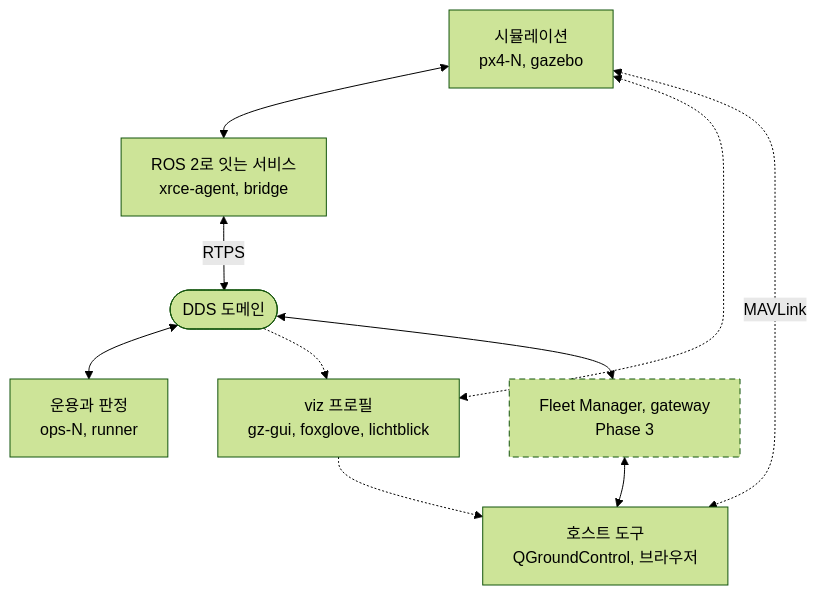
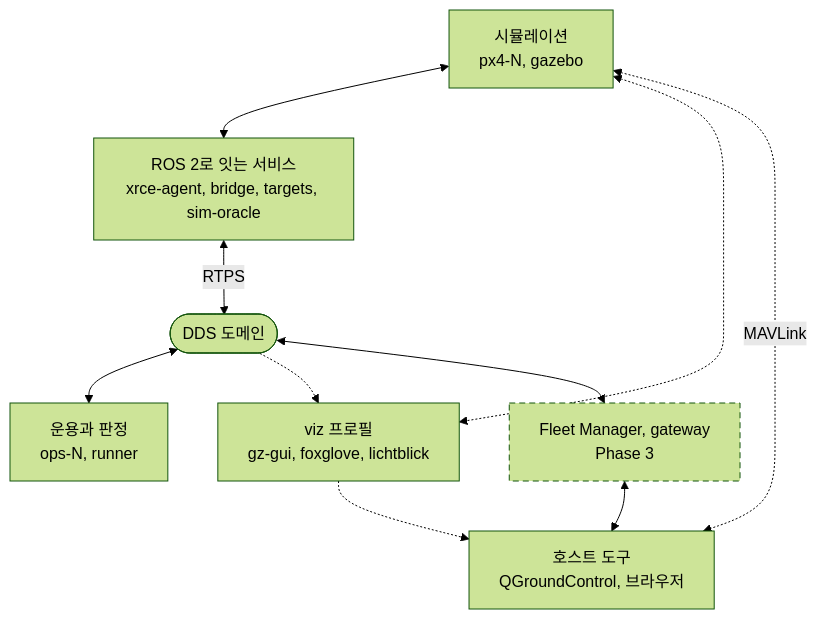
Before and after one commit to danielhongwoo/idsim: the third of 8 diagrams in docs/architecture.md, drawn with Mermaid (forest theme). The commit also changed other lines of this file and 2 other files, not shown here.

First line of the commit message:
architecture, roadmap: 1b 범위 문구(U10)와 표적, 월드, 판정 경로를 반영한다

````diff
--- a/docs/architecture.md
+++ b/docs/architecture.md
@@ -196,23 +198,23 @@
 ```mermaid
 flowchart TB
   SIM["시뮬레이션<br/>px4-N, gazebo"]
-  LINK["ROS 2로 잇는 서비스<br/>xrce-agent, bridge"]
+  LINK["ROS 2로 잇는 서비스<br/>xrce-agent, bridge, targets, sim-oracle"]
   DDS(["DDS 도메인"])
   ROS["운용과 판정<br/>ops-N, runner"]
   VIZ["viz 프로필<br/>gz-gui, foxglove, lichtblick"]
   HOST["호스트 도구<br/>QGroundControl, 브라우저"]
   EXT["Fleet Manager, gateway<br/>Phase 3"]
 
   SIM <--> LINK
   LINK <-->|"RTPS"| DDS
   DDS <--> ROS
   SIM <-.-> VIZ
   DDS -.-> VIZ
   VIZ -.-> HOST
   SIM <-.->|"MAVLink"| HOST
   DDS <--> EXT
   EXT <--> HOST
 
   classDef later stroke-dasharray: 6 4
   class EXT later
 ```
````
